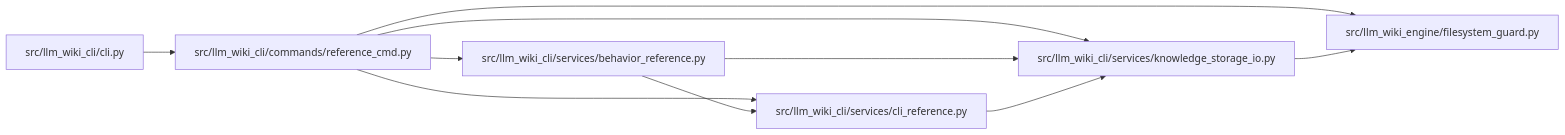
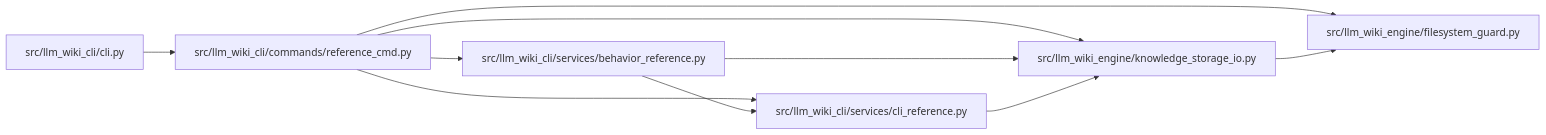
Before and after one commit to Denissvgn/python-wiki-llm: the diagram in docs/llm_wiki/modules/reference_cmd.md, drawn with Mermaid. The commit also changed other lines of this file and 1058 other files, not shown here.

First line of the commit message:
docs: refresh the wiki for the knowledge store move

````diff
--- a/docs/llm_wiki/modules/reference_cmd.md
+++ b/docs/llm_wiki/modules/reference_cmd.md
@@ -25,24 +25,24 @@
 ```mermaid
 flowchart LR
     n0["src/llm_wiki_cli/cli.py"]
     n1["src/llm_wiki_cli/commands/reference_cmd.py"]
     n2["src/llm_wiki_cli/services/behavior_reference.py"]
     n3["src/llm_wiki_cli/services/cli_reference.py"]
-    n4["src/llm_wiki_cli/services/knowledge_storage_io.py"]
-    n5["src/llm_wiki_engine/filesystem_guard.py"]
+    n4["src/llm_wiki_engine/filesystem_guard.py"]
+    n5["src/llm_wiki_engine/knowledge_storage_io.py"]
     n0 --> n1
     n1 --> n2
     n1 --> n3
     n1 --> n4
     n1 --> n5
     n2 --> n3
-    n2 --> n4
-    n3 --> n4
-    n4 --> n5
+    n2 --> n5
+    n3 --> n5
+    n5 --> n4
     click n0 "../modules/cli.md"
     click n1 "../modules/reference_cmd.md"
     click n2 "../modules/behavior_reference.md"
     click n3 "../modules/cli_reference.md"
-    click n4 "../modules/knowledge_storage_io.md"
-    click n5 "../modules/filesystem_guard.md"
+    click n4 "../modules/filesystem_guard.md"
+    click n5 "../modules/knowledge_storage_io.md"
 ```
````
